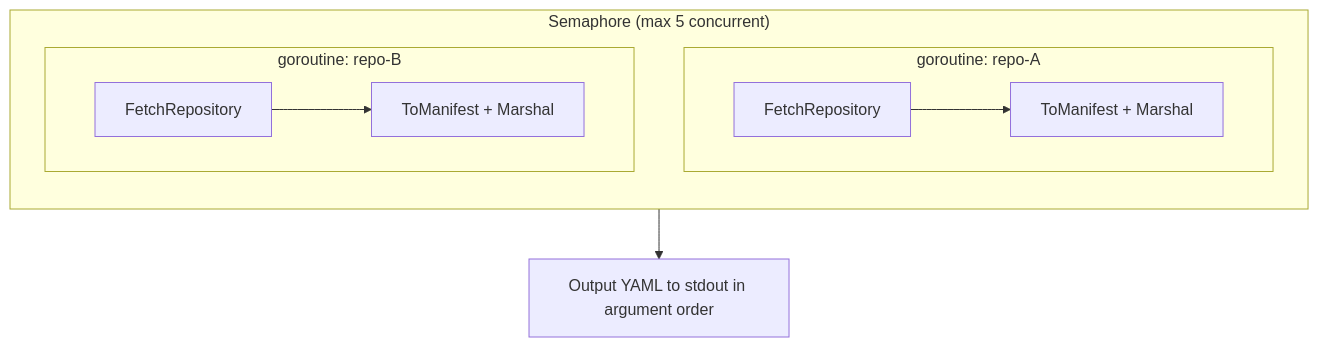
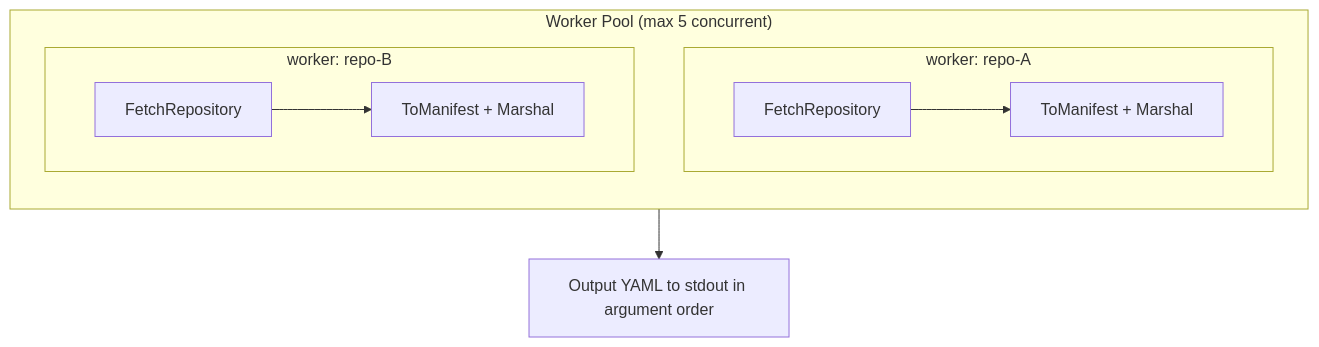
The sixth of 6 diagrams in docs/src/content/docs/internals/concurrency.md (yagihash/gh-infra), drawn with Mermaid before and after one commit. The commit also changed other lines of this file and 2 other files, not shown here.

````diff
--- a/docs/src/content/docs/internals/concurrency.md
+++ b/docs/src/content/docs/internals/concurrency.md
@@ -179,13 +179,13 @@
 ```mermaid
 flowchart TB
-    subgraph sem["Semaphore (max 5 concurrent)"]
+    subgraph pool["Worker Pool (max 5 concurrent)"]
         direction TB
-        subgraph ga["goroutine: repo-A"]
+        subgraph ga["worker: repo-A"]
             a1[FetchRepository] --> a2[ToManifest + Marshal]
         end
-        subgraph gb["goroutine: repo-B"]
+        subgraph gb["worker: repo-B"]
             b1[FetchRepository] --> b2[ToManifest + Marshal]
         end
     end
-    sem --> ordered["Output YAML to stdout in argument order"]
+    pool --> ordered["Output YAML to stdout in argument order"]
 ```
````
